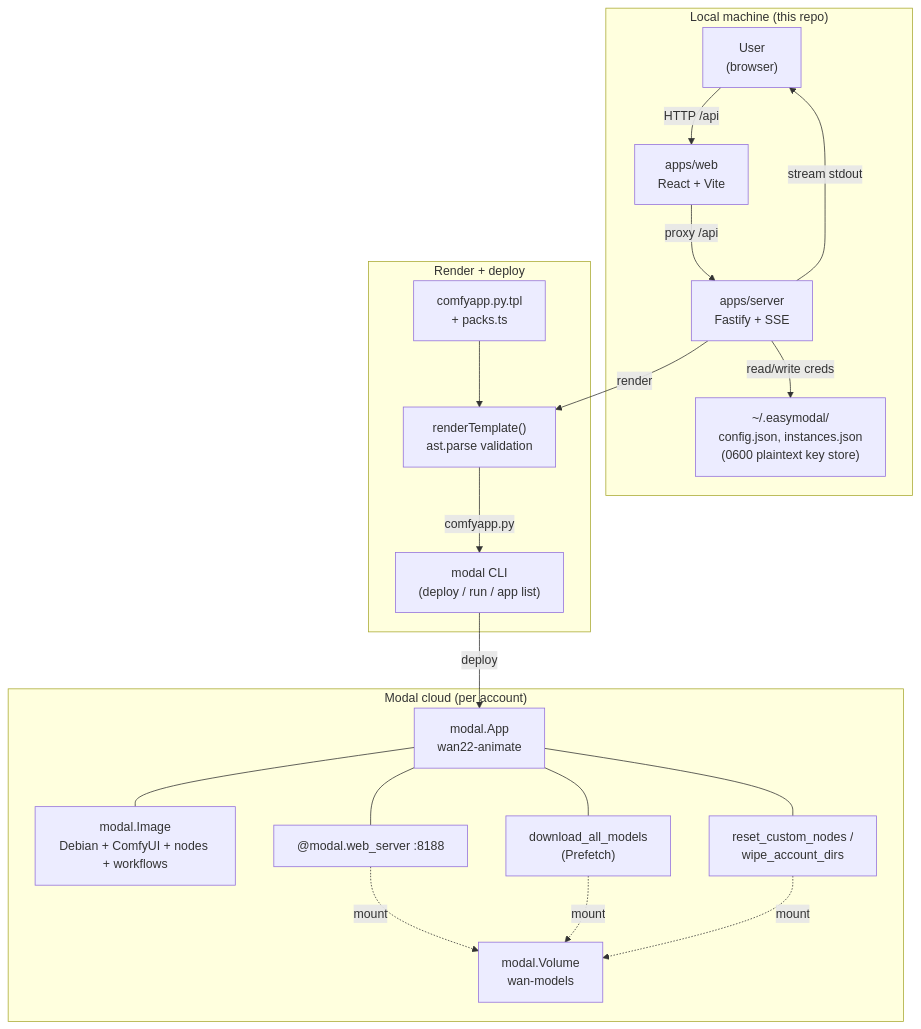
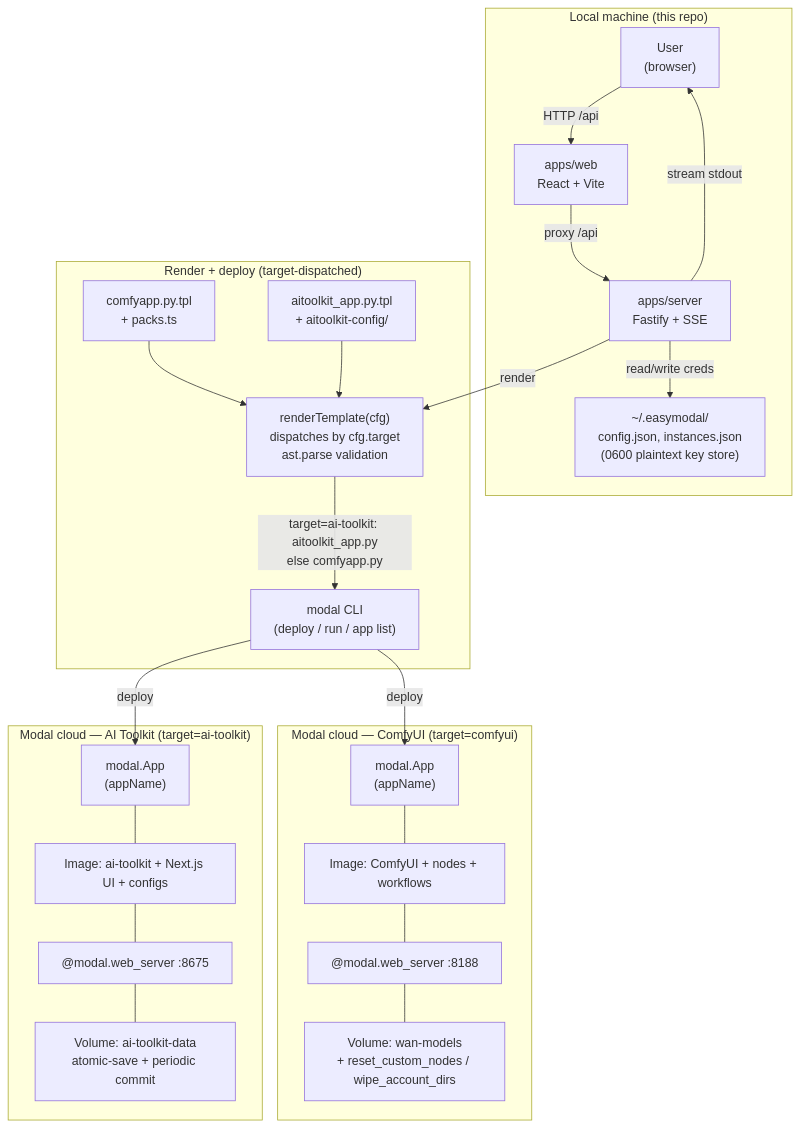
One commit to rakibzero/EasyModal changed the diagram in docs/ARCHITECTURE.md. Above: the diagram before and after it, drawn with Mermaid. The commit also changed other lines of this file and 4 other files, not shown here.

First line of the commit message:
docs: cover the dual-target (ComfyUI + AI Toolkit) system

````diff
--- a/docs/ARCHITECTURE.md
+++ b/docs/ARCHITECTURE.md
@@ -23,40 +24,43 @@
 ```mermaid
 graph TD
     subgraph "Local machine (this repo)"
         U["User<br/>(browser)"]
         W["apps/web<br/>React + Vite"]
         S["apps/server<br/>Fastify + SSE"]
         CS["~/.easymodal/<br/>config.json, instances.json<br/>(0600 plaintext key store)"]
     end
 
-    subgraph "Render + deploy"
-        T["comfyapp.py.tpl<br/>+ packs.ts"]
-        R["renderTemplate()<br/>ast.parse validation"]
+    subgraph "Render + deploy (target-dispatched)"
+        TC["comfyapp.py.tpl<br/>+ packs.ts"]
+        TA["aitoolkit_app.py.tpl<br/>+ aitoolkit-config/"]
+        R["renderTemplate(cfg)<br/>dispatches by cfg.target<br/>ast.parse validation"]
         MCLI["modal CLI<br/>(deploy / run / app list)"]
     end
 
-    subgraph "Modal cloud (per account)"
-        APP["modal.App<br/>wan22-animate"]
-        IMG["modal.Image<br/>Debian + ComfyUI + nodes + workflows"]
-        UI["@modal.web_server :8188"]
-        DL["download_all_models<br/>(Prefetch)"]
-        VOL["modal.Volume<br/>wan-models"]
-        RESET["reset_custom_nodes /<br/>wipe_account_dirs"]
+    subgraph "Modal cloud — ComfyUI (target=comfyui)"
+        APPC["modal.App<br/>(appName)"]
+        IMGC["Image: ComfyUI + nodes + workflows"]
+        UIC["@modal.web_server :8188"]
+        VLC["Volume: wan-models<br/>+ reset_custom_nodes / wipe_account_dirs"]
+    end
+
+    subgraph "Modal cloud — AI Toolkit (target=ai-toolkit)"
+        APPA["modal.App<br/>(appName)"]
+        IMGA["Image: ai-toolkit + Next.js UI + configs"]
+        UIA["@modal.web_server :8675"]
+        VLA["Volume: ai-toolkit-data<br/>atomic-save + periodic commit"]
     end
 
     U -->|HTTP /api| W
     W -->|proxy /api| S
     S -->|read/write creds| CS
     S -->|render| R
-    T --> R
-    R -->|comfyapp.py| MCLI
-    MCLI -->|deploy| APP
-    APP --- IMG
-    APP --- UI
-    APP --- DL
-    APP --- RESET
-    UI -.->|mount| VOL
-    DL -.->|mount| VOL
-    RESET -.->|mount| VOL
+    TC --> R
+    TA --> R
+    R -->|target=ai-toolkit: aitoolkit_app.py<br/>else comfyapp.py| MCLI
+    MCLI -->|deploy| APPC
+    MCLI -->|deploy| APPA
+    APPC --- IMGC --- UIC --- VLC
+    APPA --- IMGA --- UIA --- VLA
     S -->|stream stdout| U
 ```
````
